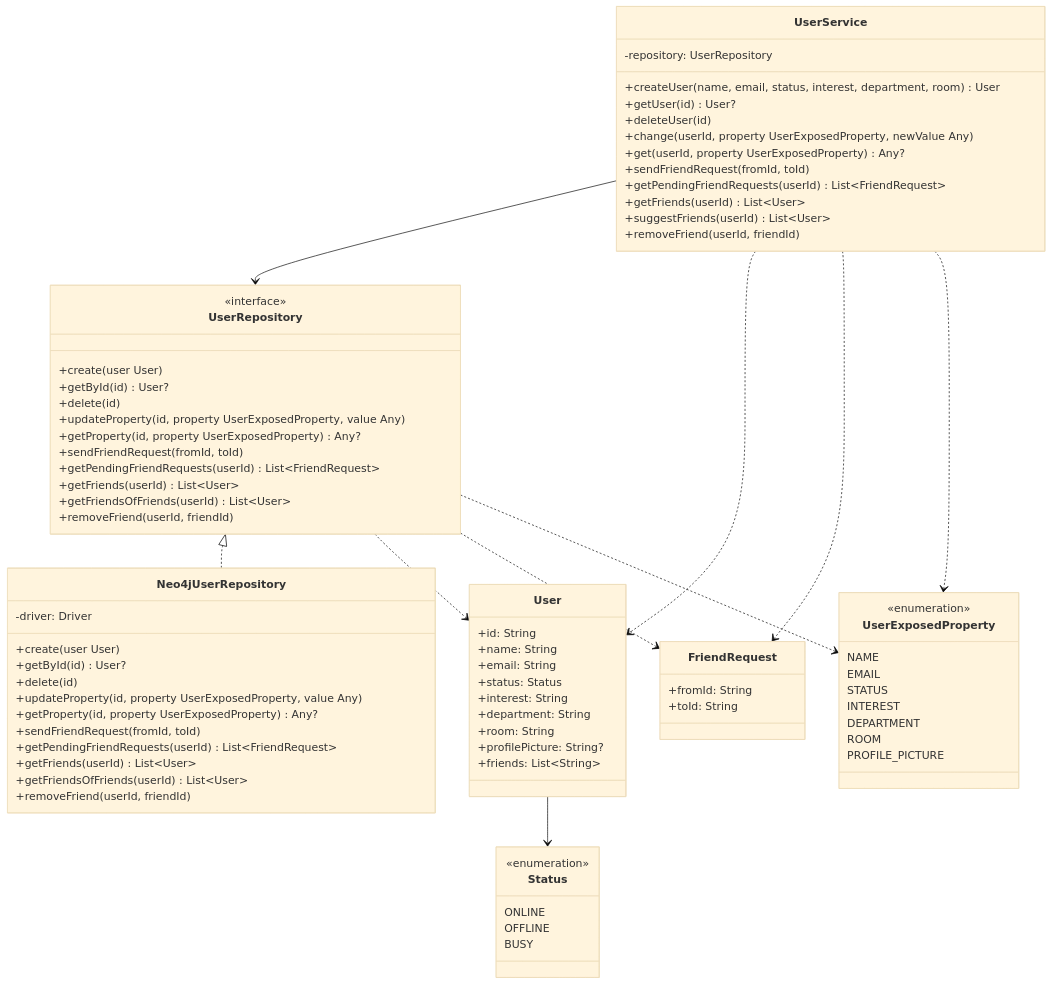
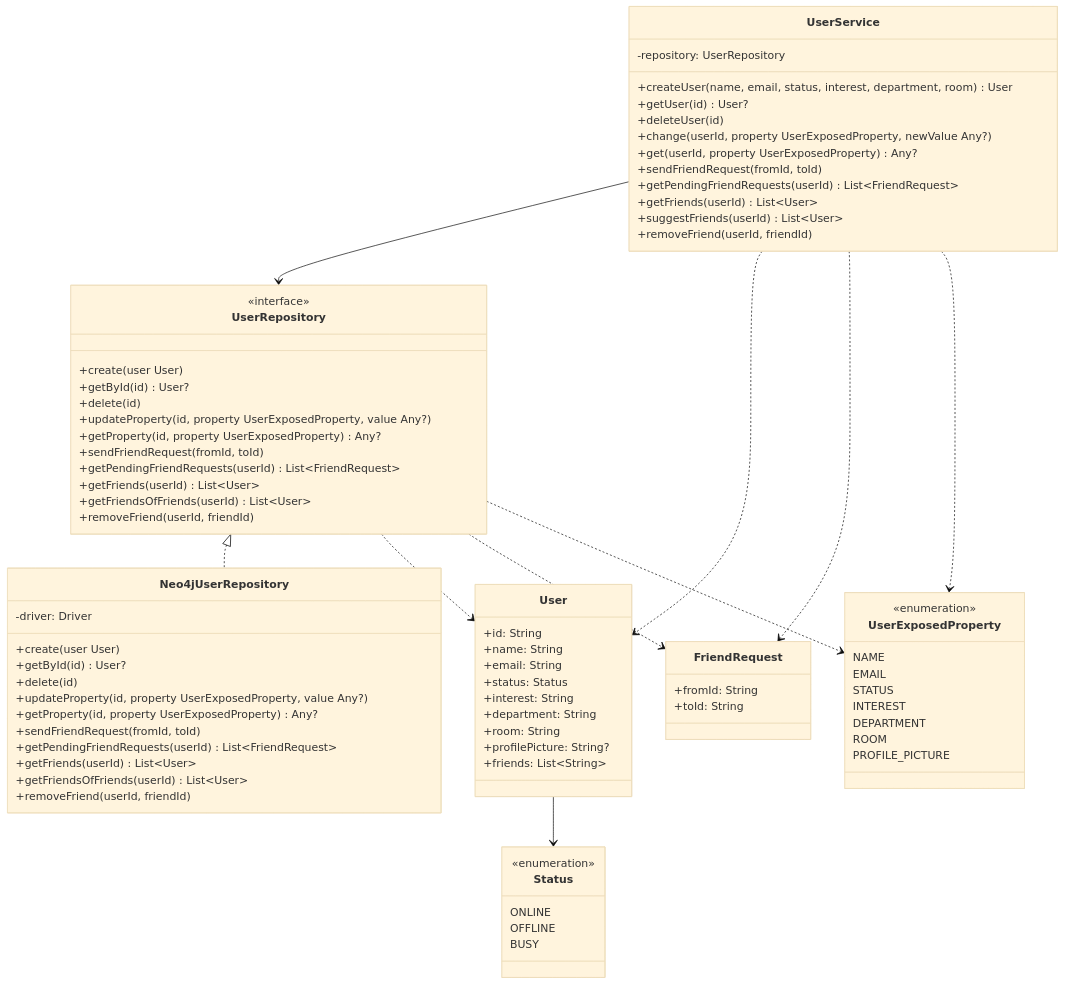
The diagram in docs/superpowers/specs/2026-05-07-userservice-design.md (MareksCode/Social_Media_Database), drawn with Mermaid (base theme) before and after one commit. The commit also changed other lines of this file, not shown here.

Commit message:
spec fix

```diff
--- a/docs/superpowers/specs/2026-05-07-userservice-design.md
+++ b/docs/superpowers/specs/2026-05-07-userservice-design.md
@@ -171,7 +172,7 @@
         +createUser(name, email, status, interest, department, room) User
         +getUser(id) User?
         +deleteUser(id)
-        +change(userId, property UserExposedProperty, newValue Any)
+        +change(userId, property UserExposedProperty, newValue Any?)
         +get(userId, property UserExposedProperty) Any?
         +sendFriendRequest(fromId, toId)
         +getPendingFriendRequests(userId) List~FriendRequest~
@@ -185,7 +186,7 @@
         +create(user User)
         +getById(id) User?
         +delete(id)
-        +updateProperty(id, property UserExposedProperty, value Any)
+        +updateProperty(id, property UserExposedProperty, value Any?)
         +getProperty(id, property UserExposedProperty) Any?
         +sendFriendRequest(fromId, toId)
         +getPendingFriendRequests(userId) List~FriendRequest~
@@ -199,7 +200,7 @@
         +create(user User)
         +getById(id) User?
         +delete(id)
-        +updateProperty(id, property UserExposedProperty, value Any)
+        +updateProperty(id, property UserExposedProperty, value Any?)
         +getProperty(id, property UserExposedProperty) Any?
         +sendFriendRequest(fromId, toId)
         +getPendingFriendRequests(userId) List~FriendRequest~
```
